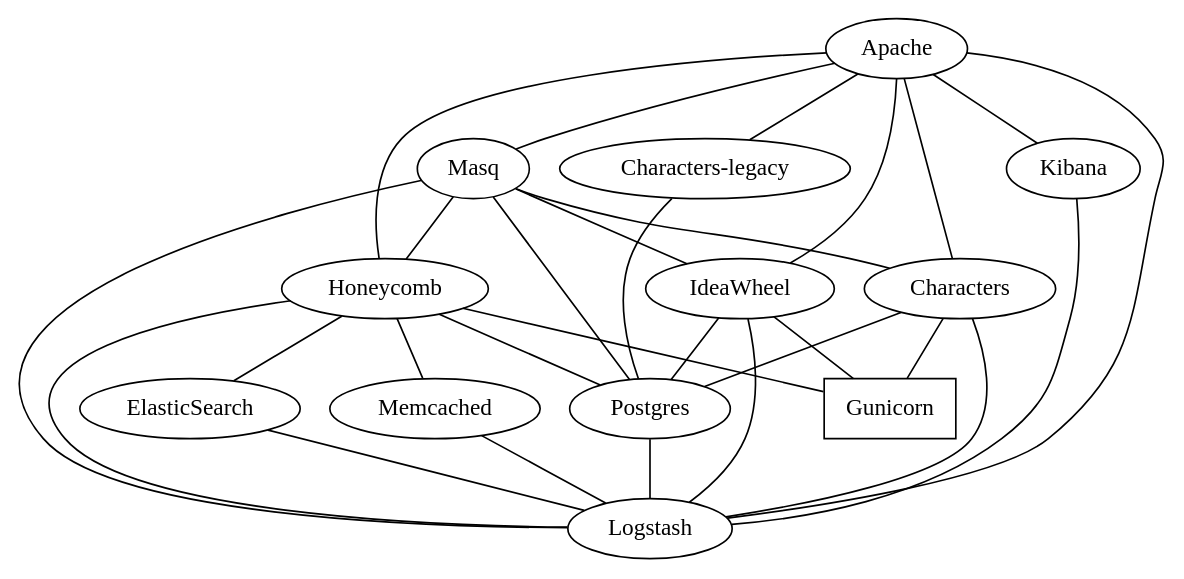
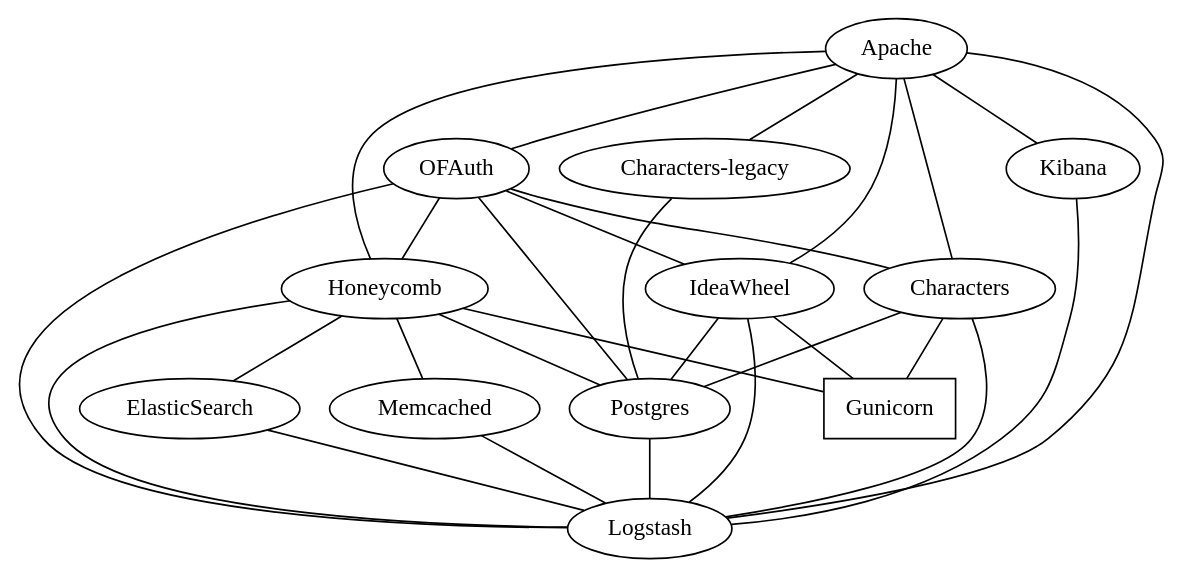
Before and after one commit to OpenFurry/openfurry.org: the diagram in deployment.dot, drawn with Graphviz. The commit also changed 15 other files, not shown here.

```diff
--- a/deployment.dot
+++ b/deployment.dot
@@ -1,55 +1,55 @@
 graph OpenFurryDeployment {
 	node [fontname="Marcellus"]
     Apache [URL="https://jujucharms.com/apache2/"];
-    Masq [URL="https://github.com/dennisreimann/masq"];
+    OFAuth [URL="https://github.com/OpenFurry/OFAuth"];
     Postgres [URL="https://jujucharms.com/postgresql/"];
     Kibana [URL="https://jujucharms.com/kibana/"];
     Logstash [URL="https://jujucharms.com/logstash/"];
     Honeycomb [URL="https://github.com/OpenFurry/honeycomb"];
     Characters [URL="https://github.com/OpenFurry/charref"];
     "Characters-legacy" [URL="https://characters.openfurry.org"];
     IdeaWheel [URL="https://github.com/OpenFurry/ideawheel"];
-    Gunicorn [URL="https://jujucharms.com/gunicorn/s"];
+    Gunicorn [URL="https://jujucharms.com/gunicorn/"];
     ElasticSearch [URL="https://jujucharms.com/elasticsearch/"];
     Memcached [URL="https://jujucharms.com/memcached/"];
 
-    Apache -- Masq;
-    Masq -- Postgres;
+    Apache -- OFAuth;
+    OFAuth -- Postgres;
 
     Apache -- Kibana;
     Kibana -- Logstash;
 
     Apache -- Logstash;
-    Masq -- Logstash;
+    OFAuth -- Logstash;
 
-    Masq -- Honeycomb;
-    Masq -- Characters;
-    Masq -- IdeaWheel;
+    OFAuth -- Honeycomb;
+    OFAuth -- Characters;
+    OFAuth -- IdeaWheel;
 
     Gunicorn [shape=box];
 
     Apache -- Honeycomb;
     Apache -- Characters;
     Apache -- "Characters-legacy";
     Apache -- IdeaWheel;
 
     Honeycomb -- Gunicorn;
     Characters -- Gunicorn;
     IdeaWheel -- Gunicorn;
 
     Honeycomb -- Logstash;
     Characters -- Logstash;
     IdeaWheel -- Logstash;
     Memcached -- Logstash;
     Postgres -- Logstash;
     ElasticSearch -- Logstash;
 
     Honeycomb -- Memcached;
     Honeycomb -- Postgres;
     Honeycomb -- ElasticSearch;
 
     Characters -- Postgres;
     "Characters-legacy" -- Postgres;
 
     IdeaWheel -- Postgres;
 }
```
